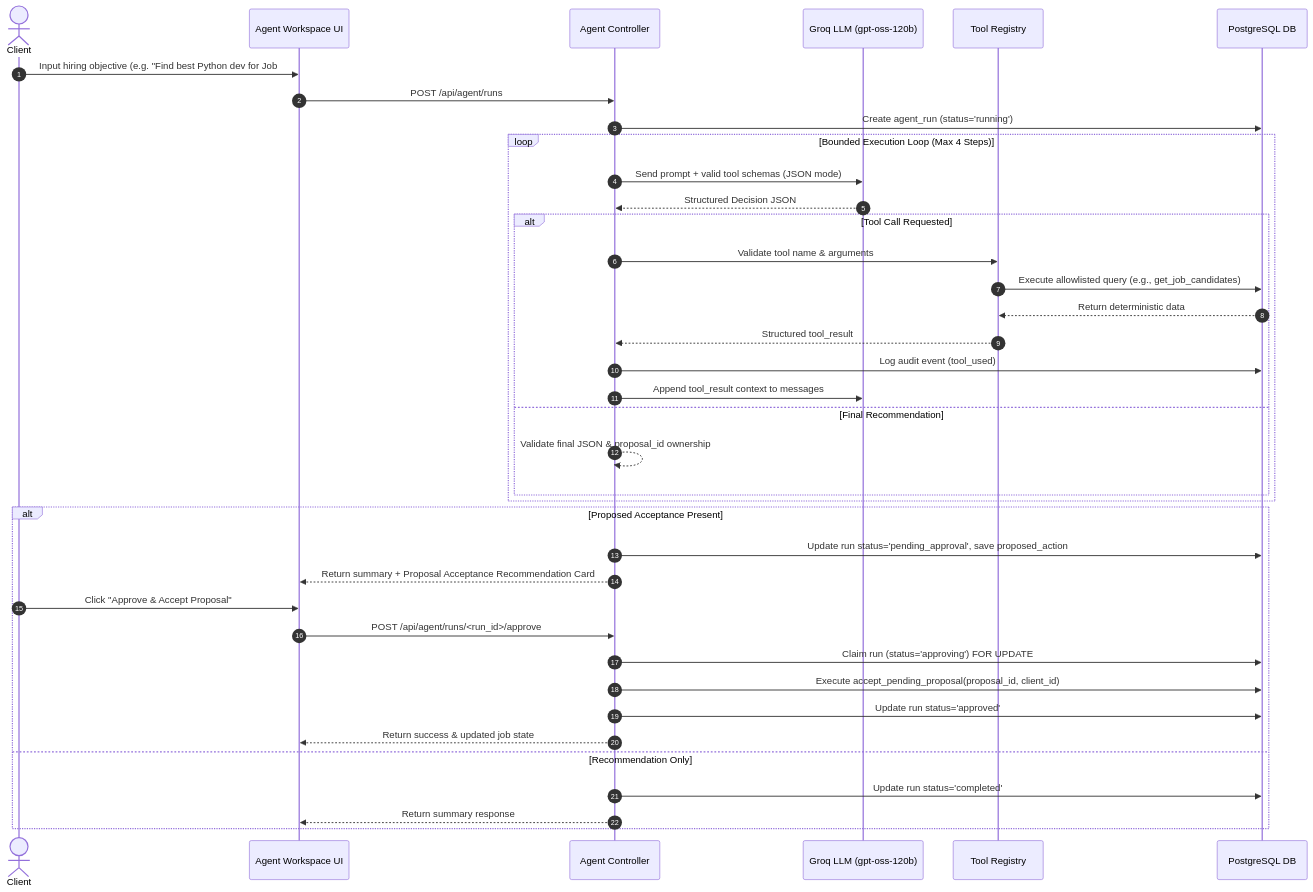
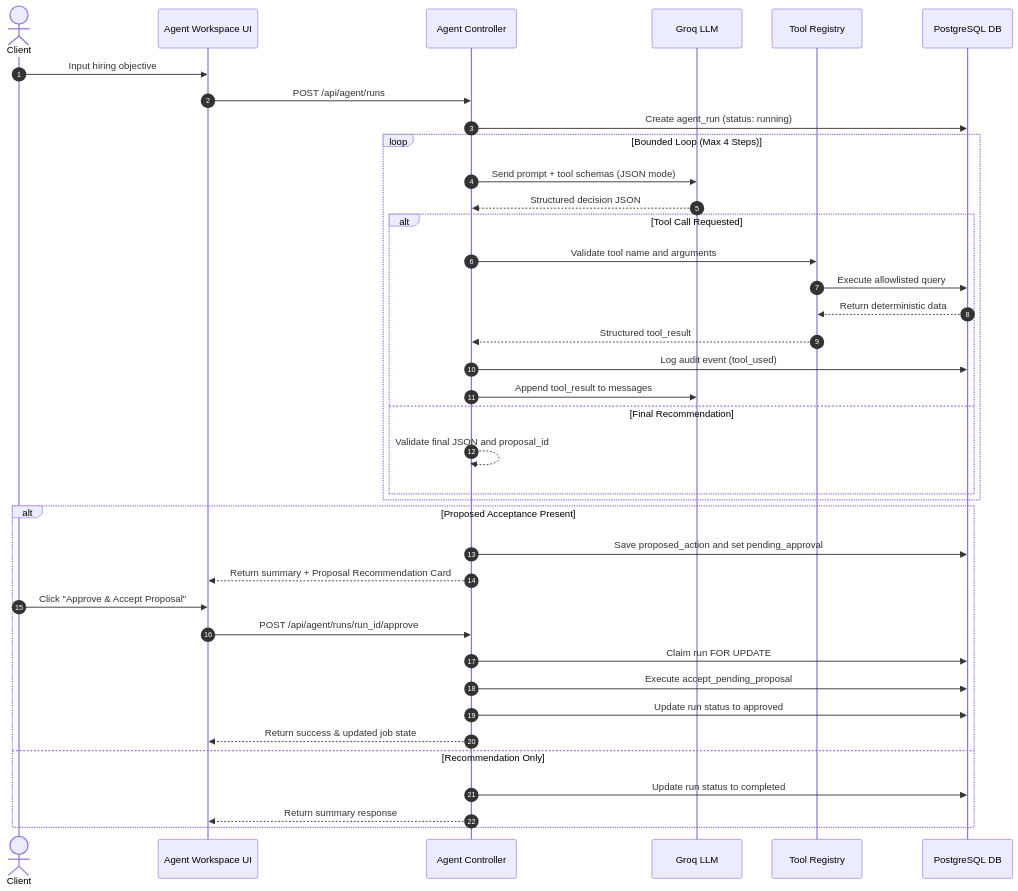
One commit to shxheerkhn/EscrowIQ changed the third of 4 diagrams in README.md. Above: the diagram before and after it, drawn with Mermaid. The commit also changed other lines of this file, not shown here.

````diff
--- a/README.md
+++ b/README.md
@@ -189,44 +189,44 @@
 ```mermaid
 sequenceDiagram
     autonumber
     actor Client
     participant UI as Agent Workspace UI
     participant Ctrl as Agent Controller
-    participant LLM as Groq LLM (gpt-oss-120b)
+    participant LLM as Groq LLM
     participant Reg as Tool Registry
     participant DB as PostgreSQL DB
     
-    Client->>UI: Input hiring objective (e.g. "Find best Python dev for Job #12")
+    Client->>UI: Input hiring objective
     UI->>Ctrl: POST /api/agent/runs
-    Ctrl->>DB: Create agent_run (status='running')
+    Ctrl->>DB: Create agent_run (status: running)
     
-    loop Bounded Execution Loop (Max 4 Steps)
-        Ctrl->>LLM: Send prompt + valid tool schemas (JSON mode)
-        LLM-->>Ctrl: Structured Decision JSON
+    loop Bounded Loop (Max 4 Steps)
+        Ctrl->>LLM: Send prompt + tool schemas (JSON mode)
+        LLM-->>Ctrl: Structured decision JSON
         
         alt Tool Call Requested
-            Ctrl->>Reg: Validate tool name & arguments
-            Reg->>DB: Execute allowlisted query (e.g., get_job_candidates)
+            Ctrl->>Reg: Validate tool name and arguments
+            Reg->>DB: Execute allowlisted query
             DB-->>Reg: Return deterministic data
             Reg-->>Ctrl: Structured tool_result
             Ctrl->>DB: Log audit event (tool_used)
-            Ctrl->>LLM: Append tool_result context to messages
+            Ctrl->>LLM: Append tool_result to messages
         else Final Recommendation
-            Ctrl-->>Ctrl: Validate final JSON & proposal_id ownership
+            Ctrl-->>Ctrl: Validate final JSON and proposal_id
         end
     end
 
     alt Proposed Acceptance Present
-        Ctrl->>DB: Update run status='pending_approval', save proposed_action
-        Ctrl-->>UI: Return summary + Proposal Acceptance Recommendation Card
+        Ctrl->>DB: Save proposed_action and set pending_approval
+        Ctrl-->>UI: Return summary + Proposal Recommendation Card
         Client->>UI: Click "Approve & Accept Proposal"
-        UI->>Ctrl: POST /api/agent/runs/<run_id>/approve
-        Ctrl->>DB: Claim run (status='approving') FOR UPDATE
-        Ctrl->>DB: Execute accept_pending_proposal(proposal_id, client_id)
-        Ctrl->>DB: Update run status='approved'
+        UI->>Ctrl: POST /api/agent/runs/run_id/approve
+        Ctrl->>DB: Claim run FOR UPDATE
+        Ctrl->>DB: Execute accept_pending_proposal
+        Ctrl->>DB: Update run status to approved
         Ctrl-->>UI: Return success & updated job state
     else Recommendation Only
-        Ctrl->>DB: Update run status='completed'
+        Ctrl->>DB: Update run status to completed
         Ctrl-->>UI: Return summary response
     end
 ```
````
